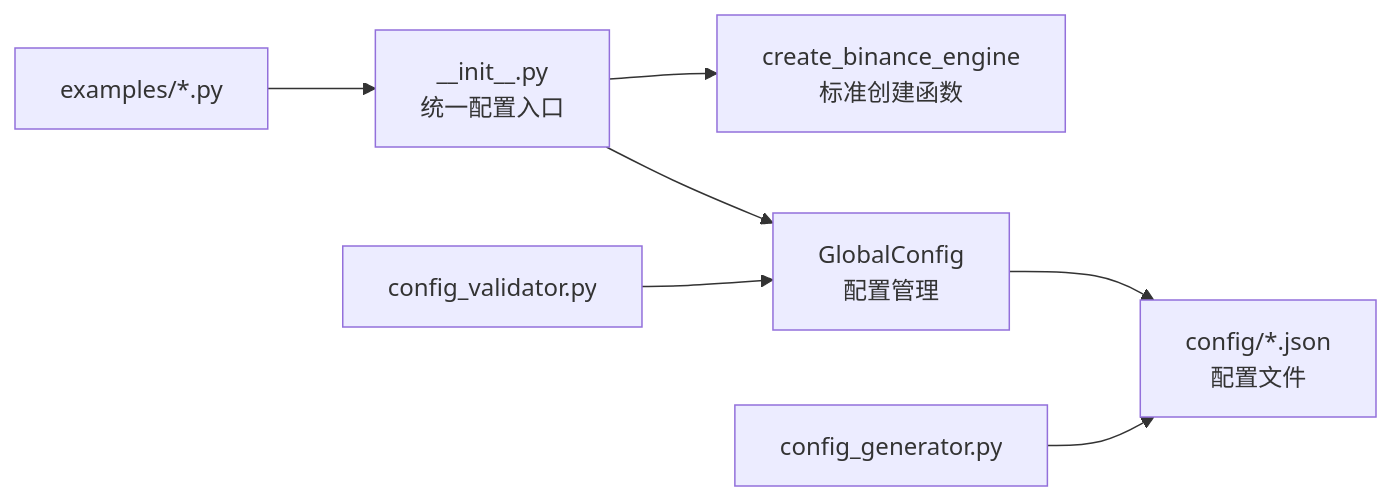
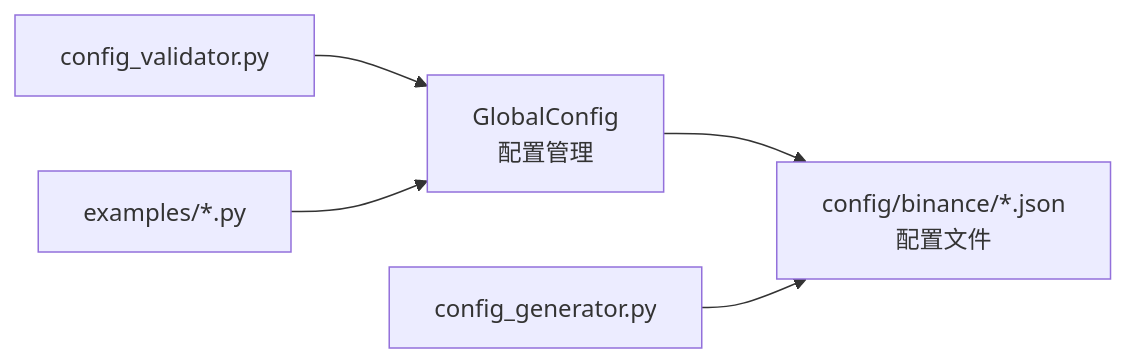
The fourth of 4 diagrams in .qoder/repowiki/zh/content/实盘交易模块/Binance交易所集成/配置管理系统.md (bench-prog/backtrader), drawn with Mermaid before and after one commit. The commit also changed other lines of this file and 40 other files, not shown here.

````diff
--- a/.qoder/repowiki/zh/content/实盘交易模块/Binance交易所集成/配置管理系统.md
+++ b/.qoder/repowiki/zh/content/实盘交易模块/Binance交易所集成/配置管理系统.md
@@ -293,9 +242,7 @@
 ```mermaid
 graph LR
-Init["__init__.py<br/>统一配置入口"] --> GC["GlobalConfig<br/>配置管理"]
-Init --> Engine["create_binance_engine<br/>标准创建函数"]
-GC --> CFG["config/*.json<br/>配置文件"]
+GC["GlobalConfig<br/>配置管理"] --> CFG["config/binance/*.json<br/>配置文件"]
 Gen["config_generator.py"] --> CFG
 Val["config_validator.py"] --> GC
-EX["examples/*.py"] --> Init
+EX["examples/*.py"] --> GC
 ```
````
